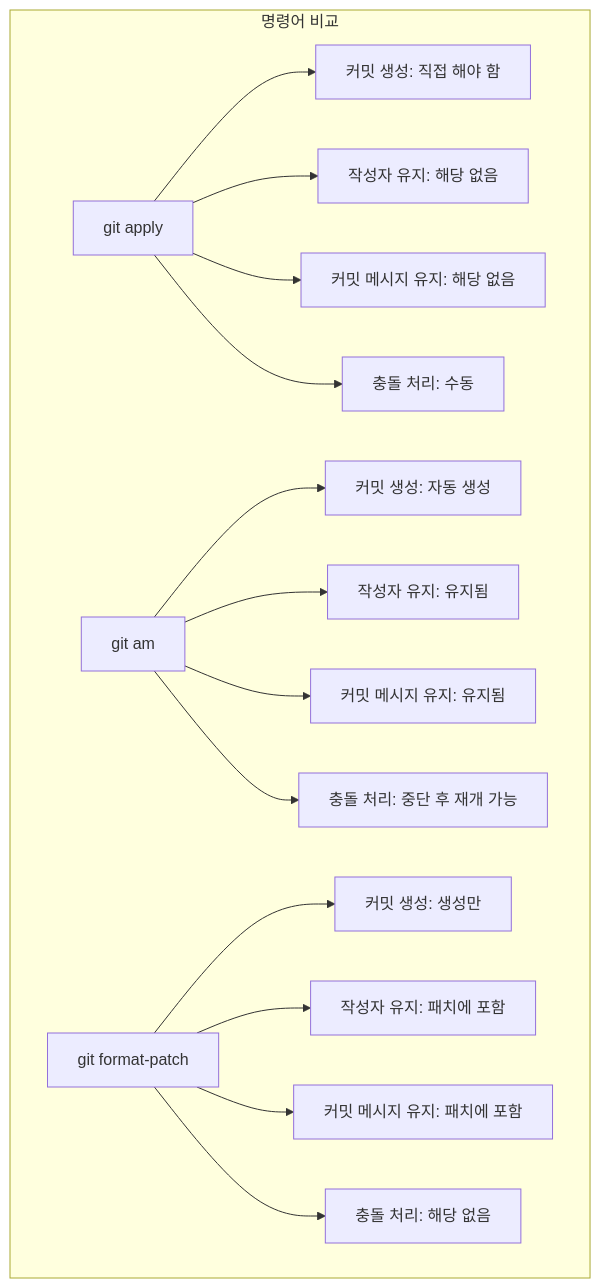
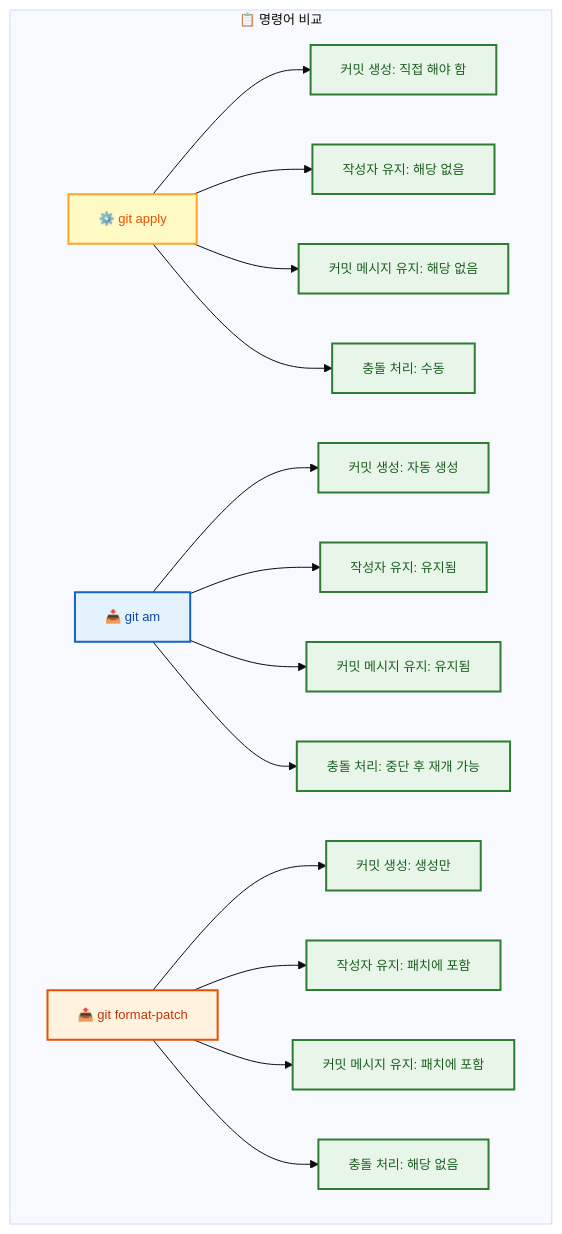
One commit to jingu279/Document changed the second of 2 diagrams in git/03_원격_저장소/03_Patch_작업.md. Above: the diagram before and after it, drawn with Mermaid. The commit also changed other lines of this file and 24 other files, not shown here.

First line of the commit message:
Git 문서 전체 Mermaid 다이어그램 스타일링 통일

````diff
--- a/git/03_원격_저장소/03_Patch_작업.md
+++ b/git/03_원격_저장소/03_Patch_작업.md
@@ -270,20 +280,32 @@
 ```mermaid
+%%{init: {'theme': 'base', 'themeVariables': {'fontSize': '13px'}}}%%
 flowchart TB
-  subgraph Commands[명령어 비교]
+  subgraph Commands[📋 명령어 비교]
     direction LR
-    A[git apply] --> A1["커밋 생성: 직접 해야 함"]
+    A[⚙️ git apply] --> A1["커밋 생성: 직접 해야 함"]
     A --> A2["작성자 유지: 해당 없음"]
     A --> A3["커밋 메시지 유지: 해당 없음"]
     A --> A4["충돌 처리: 수동"]
 
-    AM[git am] --> AM1["커밋 생성: 자동 생성"]
+    AM[📥 git am] --> AM1["커밋 생성: 자동 생성"]
     AM --> AM2["작성자 유지: 유지됨"]
     AM --> AM3["커밋 메시지 유지: 유지됨"]
     AM --> AM4["충돌 처리: 중단 후 재개 가능"]
 
-    FP[git format-patch] --> FP1["커밋 생성: 생성만"]
+    FP[📤 git format-patch] --> FP1["커밋 생성: 생성만"]
     FP --> FP2["작성자 유지: 패치에 포함"]
     FP --> FP3["커밋 메시지 유지: 패치에 포함"]
     FP --> FP4["충돌 처리: 해당 없음"]
   end
+
+  classDef main fill:#fff3e0,stroke:#e65100,stroke-width:2px,color:#bf360c
+  classDef sub fill:#e8f5e9,stroke:#2e7d32,stroke-width:2px,color:#1b5e20
+  classDef proc fill:#e3f2fd,stroke:#1565c0,stroke-width:2px,color:#0d47a1
+  classDef decision fill:#fff9c4,stroke:#f9a825,stroke-width:2px,color:#e65100
+  classDef highlight fill:#f3e5f5,stroke:#6a1b9a,stroke-width:2px,color:#4a148c
+
+  class A decision
+  class AM proc
+  class FP main
+  class A1,A2,A3,A4,AM1,AM2,AM3,AM4,FP1,FP2,FP3,FP4 sub
 ```
````
